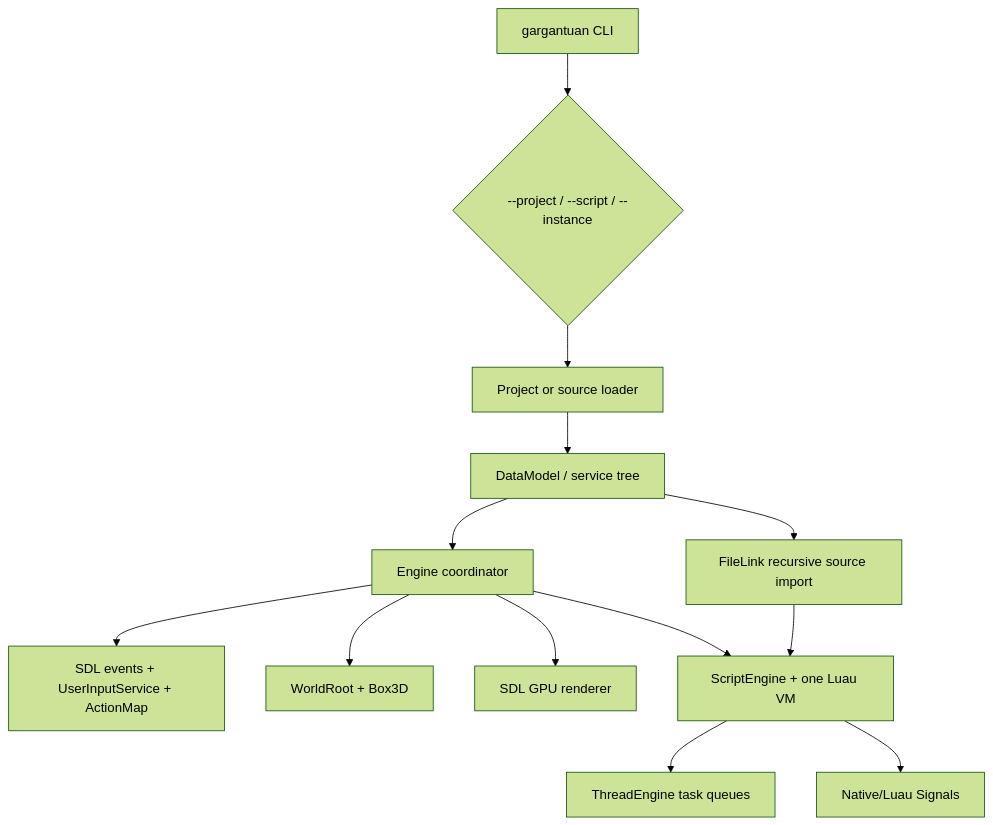
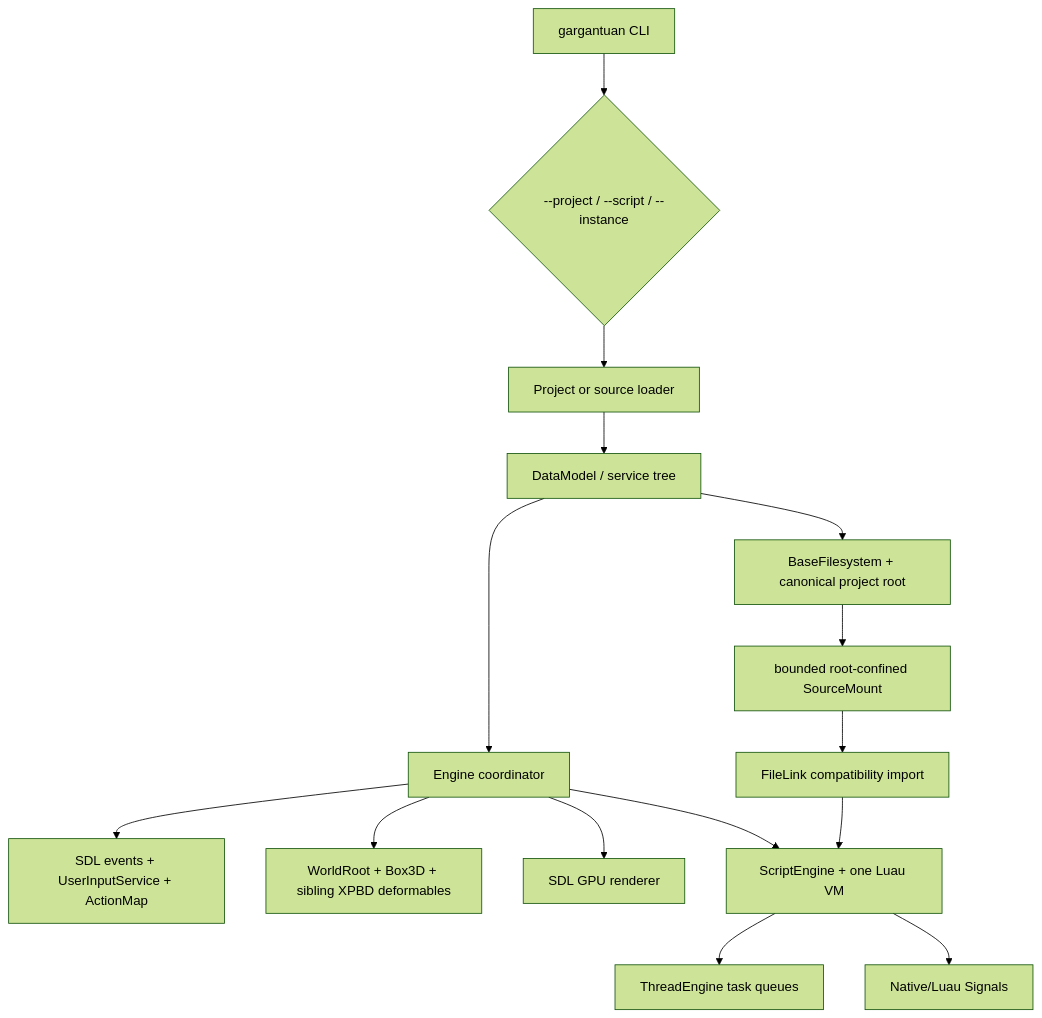
Before and after one commit to gmoddev/gargantuan: the first of 3 diagrams in devdocs/CurrentArchitecture/README.md, drawn with Mermaid (forest theme). The commit also changed other lines of this file and 97 other files, not shown here.

````diff
--- a/devdocs/CurrentArchitecture/README.md
+++ b/devdocs/CurrentArchitecture/README.md
@@ -62,15 +73,17 @@
 ```mermaid
 flowchart TD
     CLI["gargantuan CLI"] --> Target{"--project / --script / --instance"}
     Target --> Loader["Project or source loader"]
     Loader --> DataModel["DataModel / service tree"]
     DataModel --> Engine["Engine coordinator"]
     Engine --> Input["SDL events + UserInputService + ActionMap"]
-    Engine --> Physics["WorldRoot + Box3D"]
+    Engine --> Physics["WorldRoot + Box3D + sibling XPBD deformables"]
     Engine --> Render["SDL GPU renderer"]
     Engine --> Script["ScriptEngine + one Luau VM"]
     Script --> Tasks["ThreadEngine task queues"]
     Script --> Signals["Native/Luau Signals"]
-    DataModel --> FileLink["FileLink recursive source import"]
+    DataModel --> ProjectFilesystem["BaseFilesystem + canonical project root"]
+    ProjectFilesystem --> SourceMount["bounded root-confined SourceMount"]
+    SourceMount --> FileLink["FileLink compatibility import"]
     FileLink --> Script
 ```
````
